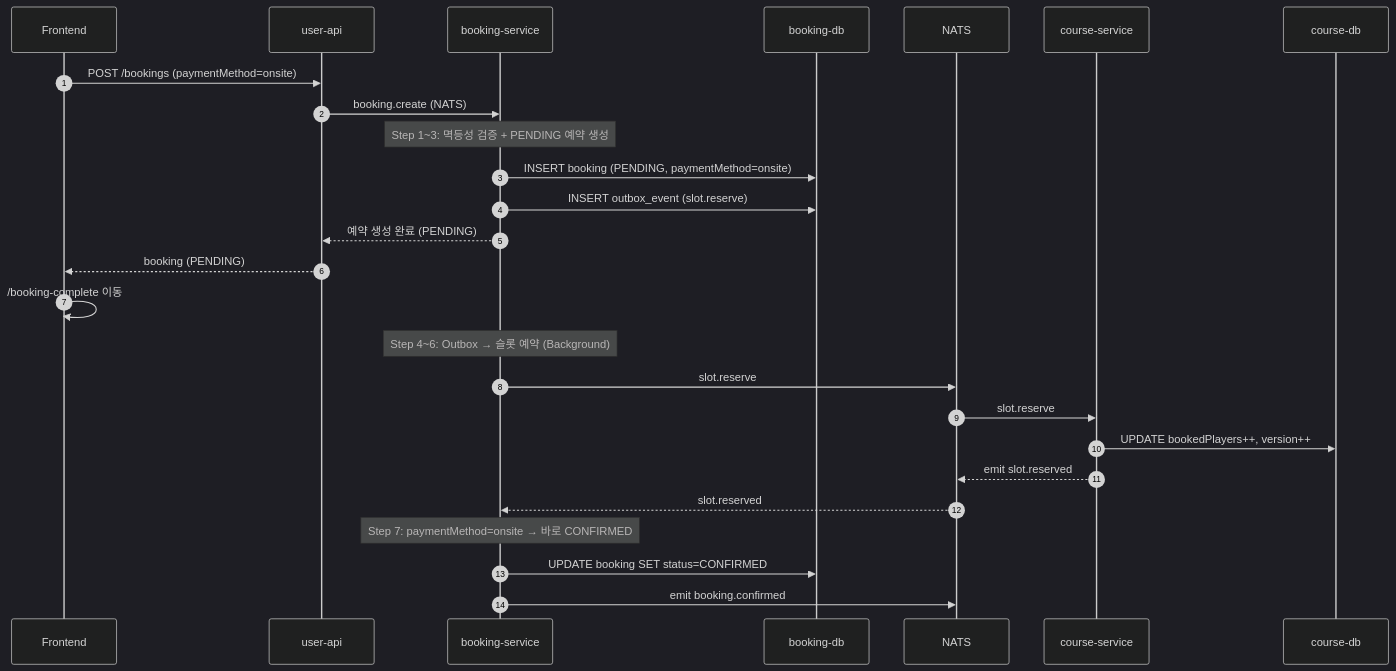
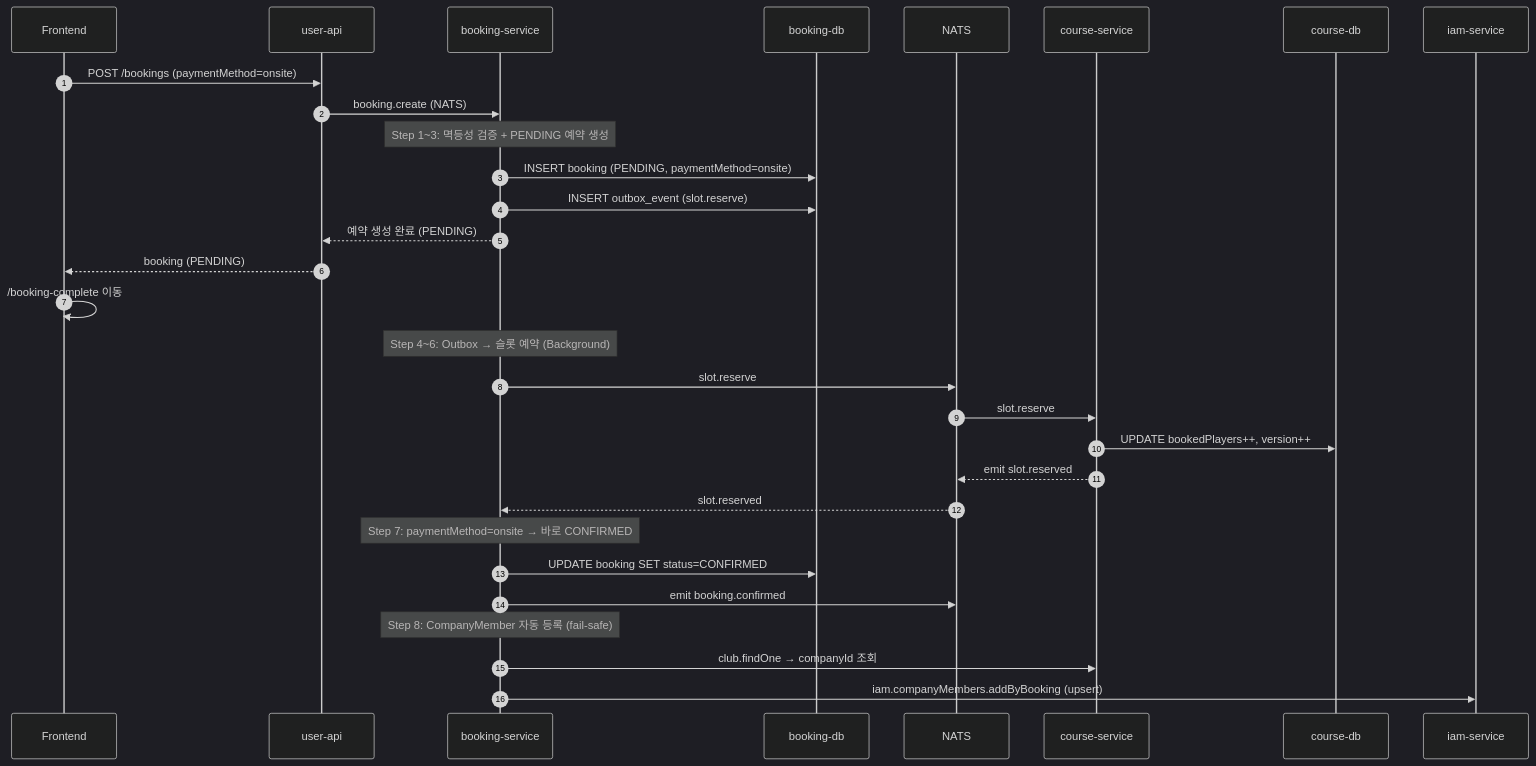
Before and after one commit to uniyous/parkgolf-platform: the seventh of 12 diagrams in docs/BOOKING_WORKFLOW.md, drawn with Mermaid (dark theme). The commit also changed other lines of this file, not shown here.

First line of the commit message:
docs(booking): BOOKING_WORKFLOW.md v3.1 — CompanyMember 자동 등록 반영

````diff
--- a/docs/BOOKING_WORKFLOW.md
+++ b/docs/BOOKING_WORKFLOW.md
@@ -253,32 +259,37 @@
 ```mermaid
 sequenceDiagram
     autonumber
     participant Client as Frontend
     participant API as user-api
     participant BS as booking-service
     participant DB1 as booking-db
     participant NATS as NATS
     participant CS as course-service
     participant DB2 as course-db
+    participant IAM as iam-service
 
     Client->>API: POST /bookings (paymentMethod=onsite)
     API->>BS: booking.create (NATS)
 
     Note over BS: Step 1~3: 멱등성 검증 + PENDING 예약 생성
     BS->>DB1: INSERT booking (PENDING, paymentMethod=onsite)
     BS->>DB1: INSERT outbox_event (slot.reserve)
     BS-->>API: 예약 생성 완료 (PENDING)
     API-->>Client: booking (PENDING)
     Client->>Client: /booking-complete 이동
 
     Note over BS: Step 4~6: Outbox → 슬롯 예약 (Background)
     BS->>NATS: slot.reserve
     NATS->>CS: slot.reserve
     CS->>DB2: UPDATE bookedPlayers++, version++
     CS-->>NATS: emit slot.reserved
     NATS-->>BS: slot.reserved
 
     Note over BS: Step 7: paymentMethod=onsite → 바로 CONFIRMED
     BS->>DB1: UPDATE booking SET status=CONFIRMED
     BS->>NATS: emit booking.confirmed
+
+    Note over BS: Step 8: CompanyMember 자동 등록 (fail-safe)
+    BS->>CS: club.findOne → companyId 조회
+    BS->>IAM: iam.companyMembers.addByBooking (upsert)
 ```
````
